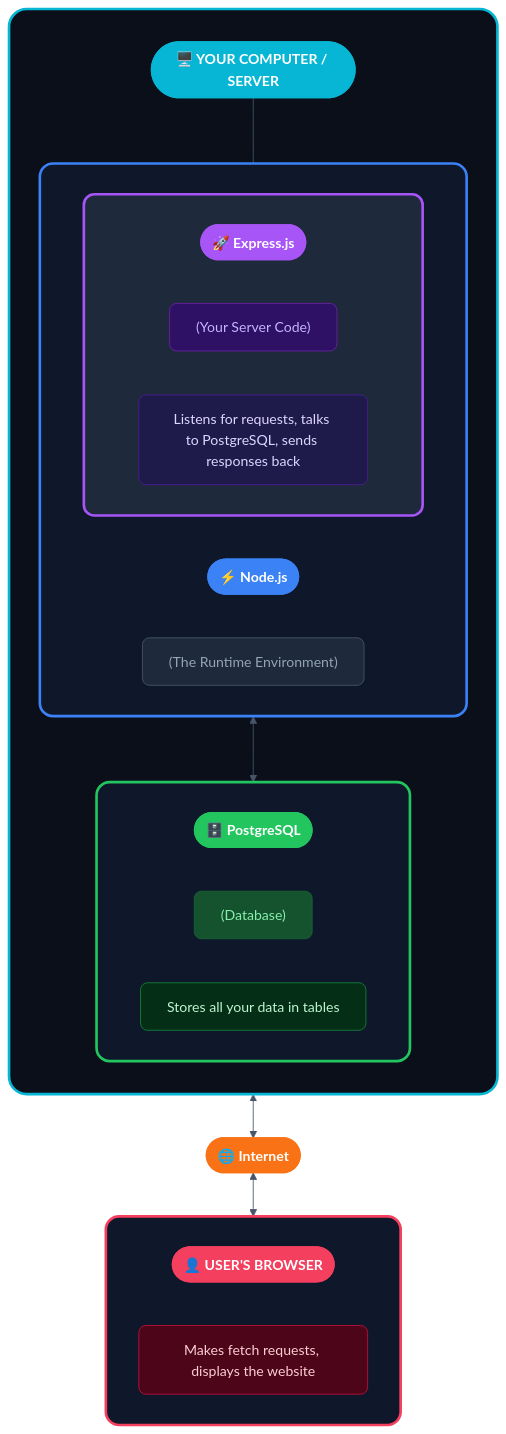
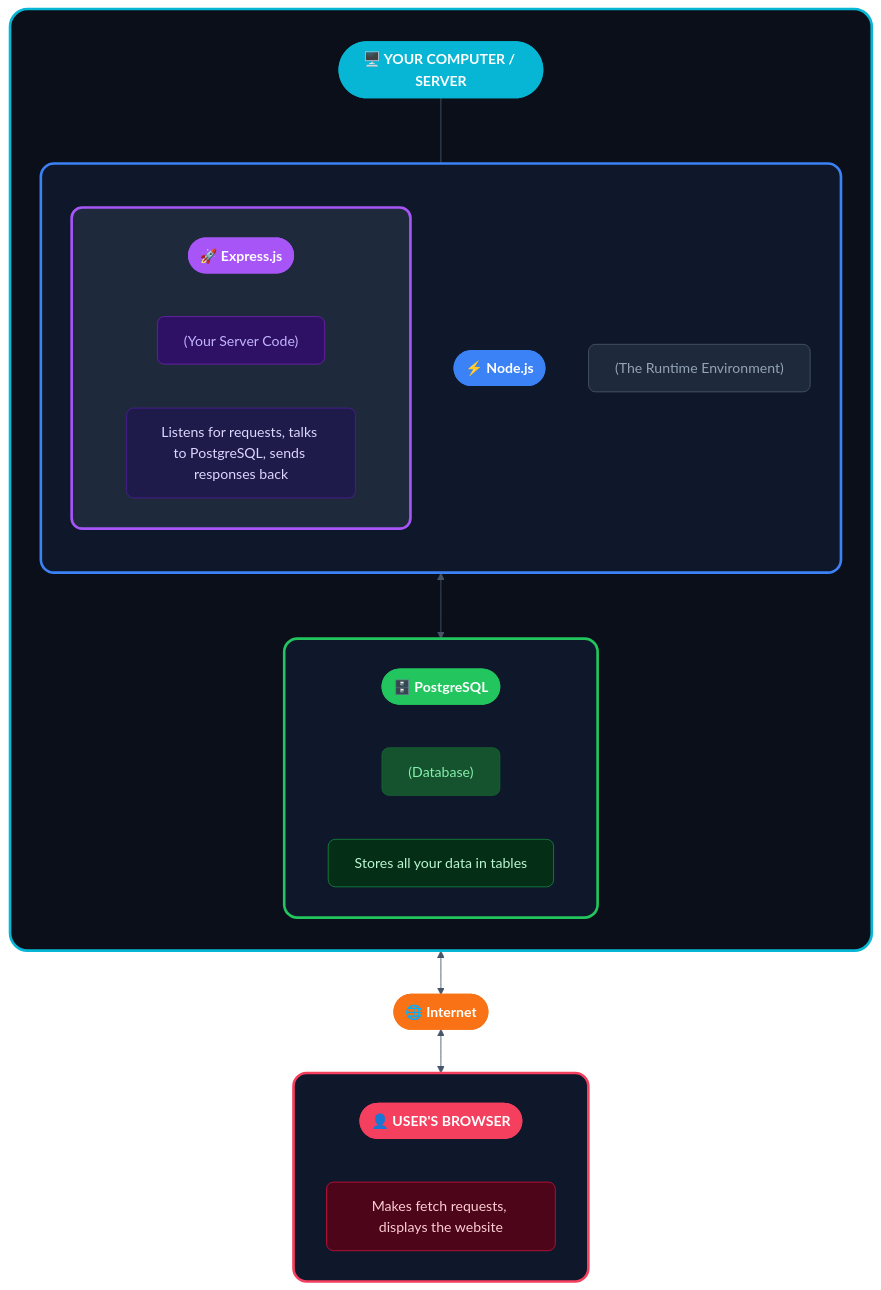
The second of 2 diagrams in tutorials/README.md (kennethpdang/ArborWiseSolutions), drawn with Mermaid (base theme) before and after one commit.

Commit message:
Change direction of Node.js subgraph in tutorials README for improved visualization

````diff
--- a/tutorials/README.md
+++ b/tutorials/README.md
@@ -207,68 +207,68 @@
 ```mermaid
 flowchart TB
     subgraph SERVER[" "]
         direction TB
         S_TITLE(["🖥️ YOUR COMPUTER / SERVER"])
         
         subgraph NODEJS[" "]
-            direction LR
+            direction TB
             N_TITLE(["⚡ Node.js"])
             N_DESC["(The Runtime Environment)"]
             
             subgraph EXPRESS[" "]
                 direction LR
                 E_TITLE(["🚀 Express.js"])
                 E_DESC["(Your Server Code)"]
                 E_DETAIL["Listens for requests, talks to PostgreSQL, sends responses back"]
             end
         end
         
         subgraph POSTGRES[" "]
             direction LR
             P_TITLE(["🗄️ PostgreSQL"])
             P_DESC["(Database)"]
             P_DETAIL["Stores all your data in tables"]
         end
         
         S_TITLE ~~~ NODEJS
         EXPRESS <--> POSTGRES
     end
     
     INTERNET(["🌐 Internet"])
     
     subgraph BROWSER[" "]
         direction LR
         B_TITLE(["👤 USER'S BROWSER"])
         B_DETAIL["Makes fetch requests, displays the website"]
     end
     
     SERVER <--> INTERNET <--> BROWSER
 
     %% === SUBGRAPH STYLING ===
     style SERVER fill:#0a0f1a,stroke:#06b6d4,stroke-width:3px,rx:20,ry:20
     style NODEJS fill:#0f172a,stroke:#3b82f6,stroke-width:3px,rx:15,ry:15
     style EXPRESS fill:#1e293b,stroke:#a855f7,stroke-width:3px,rx:12,ry:12
     style POSTGRES fill:#0f172a,stroke:#22c55e,stroke-width:3px,rx:15,ry:15
     style BROWSER fill:#0f172a,stroke:#f43f5e,stroke-width:3px,rx:15,ry:15
     
     %% === TITLE STYLING (pill shaped) ===
     style S_TITLE fill:#06b6d4,stroke:#06b6d4,stroke-width:2px,color:#fff,font-weight:bold
     style N_TITLE fill:#3b82f6,stroke:#3b82f6,stroke-width:2px,color:#fff,font-weight:bold
     style E_TITLE fill:#a855f7,stroke:#a855f7,stroke-width:2px,color:#fff,font-weight:bold
     style P_TITLE fill:#22c55e,stroke:#22c55e,stroke-width:2px,color:#fff,font-weight:bold
     style B_TITLE fill:#f43f5e,stroke:#f43f5e,stroke-width:2px,color:#fff,font-weight:bold
     style INTERNET fill:#f97316,stroke:#f97316,stroke-width:2px,color:#fff,font-weight:bold
     
     %% === DESCRIPTION STYLING (subtitles) ===
     style N_DESC fill:#1e293b,stroke:#475569,color:#94a3b8,rx:8,ry:8
     style E_DESC fill:#2e1065,stroke:#6b21a8,color:#c4b5fd,rx:8,ry:8
     style P_DESC fill:#14532d,stroke:#166534,color:#86efac,rx:8,ry:8
     
     %% === DETAIL STYLING ===
     style E_DETAIL fill:#1e1b4b,stroke:#4c1d95,color:#ddd6fe,rx:8,ry:8
     style P_DETAIL fill:#052e16,stroke:#15803d,color:#bbf7d0,rx:8,ry:8
     style B_DETAIL fill:#4c0519,stroke:#be123c,color:#fecdd3,rx:8,ry:8
 
     %% === LINK STYLING ===
     linkStyle default stroke:#475569,stroke-width:1px
 ```
````
